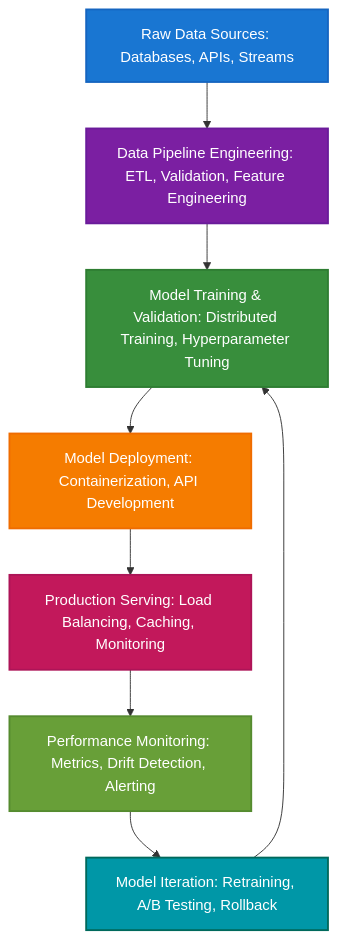
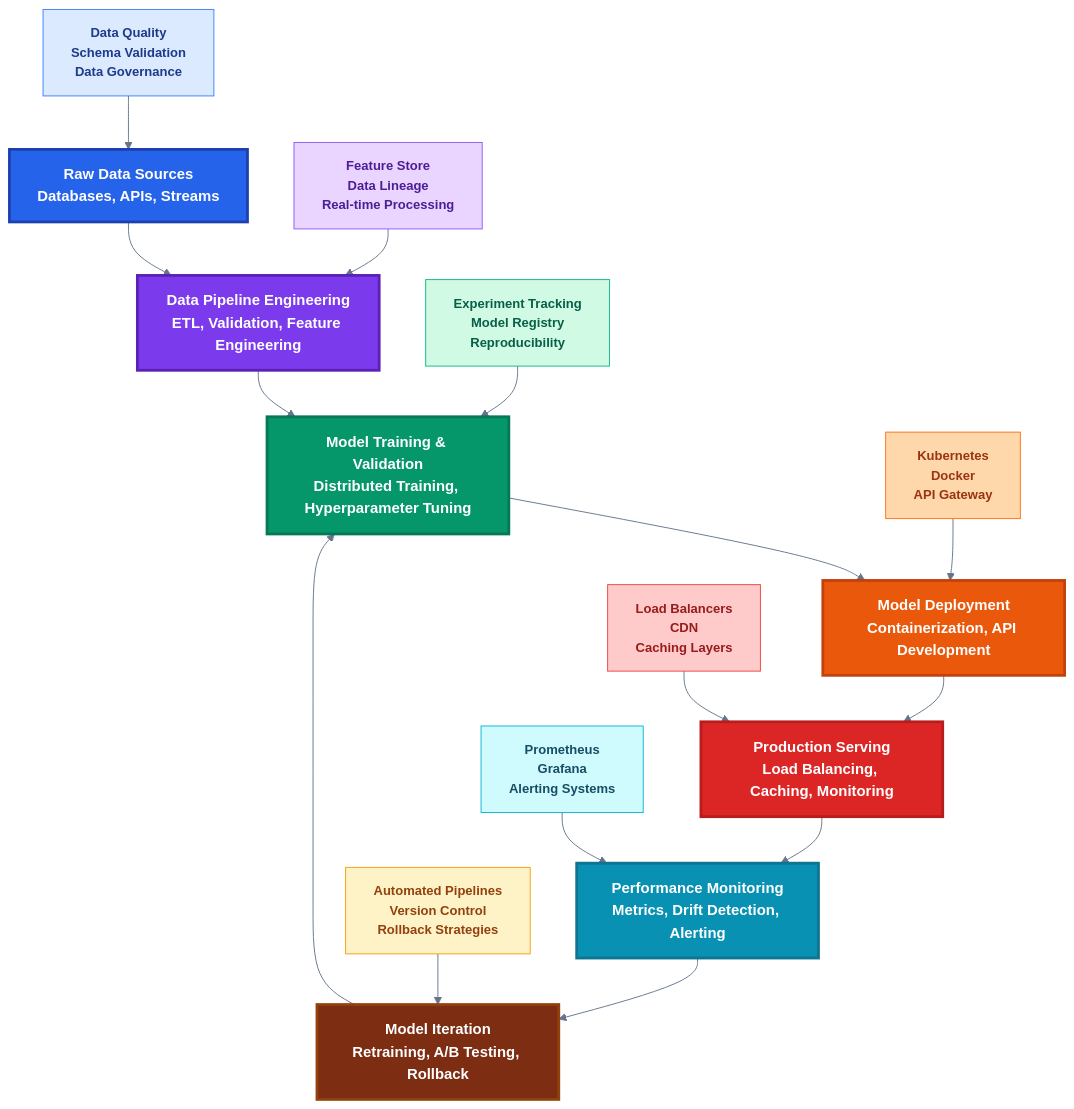
One commit to khaosans/articles changed the first of 5 diagrams in guides/roles/ml-engineer.md. Above: the diagram before and after it, drawn with Mermaid. The commit also changed other lines of this file and 91 other files, not shown here.

````diff
--- a/guides/roles/ml-engineer.md
+++ b/guides/roles/ml-engineer.md
@@ -66,17 +66,35 @@
 ```mermaid
+%%{init: {'theme': 'base', 'themeVariables': { 'fontSize': '14px', 'fontFamily': 'Segoe UI, Arial, sans-serif', 'primaryColor': '#2563eb', 'primaryTextColor': '#ffffff', 'primaryBorderColor': '#1e40af', 'lineColor': '#64748b', 'secondaryColor': '#7c3aed', 'tertiaryColor': '#059669'}}}%%
 flowchart TD
-    A[Raw Data Sources: Databases, APIs, Streams] --> B[Data Pipeline Engineering: ETL, Validation, Feature Engineering]
-    B --> C[Model Training & Validation: Distributed Training, Hyperparameter Tuning]
-    C --> D[Model Deployment: Containerization, API Development]
-    D --> E[Production Serving: Load Balancing, Caching, Monitoring]
-    E --> F[Performance Monitoring: Metrics, Drift Detection, Alerting]
-    F --> G[Model Iteration: Retraining, A/B Testing, Rollback]
+    A["Raw Data Sources<br/>Databases, APIs, Streams"] --> B["Data Pipeline Engineering<br/>ETL, Validation, Feature Engineering"]
+    B --> C["Model Training & Validation<br/>Distributed Training, Hyperparameter Tuning"]
+    C --> D["Model Deployment<br/>Containerization, API Development"]
+    D --> E["Production Serving<br/>Load Balancing, Caching, Monitoring"]
+    E --> F["Performance Monitoring<br/>Metrics, Drift Detection, Alerting"]
+    F --> G["Model Iteration<br/>Retraining, A/B Testing, Rollback"]
     G --> C
-    style A fill:#1976d2,stroke:#1565c0,stroke-width:2px,color:#ffffff
-    style B fill:#7b1fa2,stroke:#6a1b9a,stroke-width:2px,color:#ffffff
-    style C fill:#388e3c,stroke:#2e7d32,stroke-width:2px,color:#ffffff
-    style D fill:#f57c00,stroke:#ef6c00,stroke-width:2px,color:#ffffff
-    style E fill:#c2185b,stroke:#ad1457,stroke-width:2px,color:#ffffff
-    style F fill:#689f38,stroke:#558b2f,stroke-width:2px,color:#ffffff
-    style G fill:#0097a7,stroke:#00695c,stroke-width:2px,color:#ffffff
+    
+    A1["Data Quality<br/>Schema Validation<br/>Data Governance"] --> A
+    B1["Feature Store<br/>Data Lineage<br/>Real-time Processing"] --> B
+    C1["Experiment Tracking<br/>Model Registry<br/>Reproducibility"] --> C
+    D1["Kubernetes<br/>Docker<br/>API Gateway"] --> D
+    E1["Load Balancers<br/>CDN<br/>Caching Layers"] --> E
+    F1["Prometheus<br/>Grafana<br/>Alerting Systems"] --> F
+    G1["Automated Pipelines<br/>Version Control<br/>Rollback Strategies"] --> G
+    
+    style A fill:#2563eb,stroke:#1e40af,stroke-width:3px,color:#ffffff,font-weight:bold,font-size:16px
+    style B fill:#7c3aed,stroke:#5b21b6,stroke-width:3px,color:#ffffff,font-weight:bold,font-size:16px
+    style C fill:#059669,stroke:#047857,stroke-width:3px,color:#ffffff,font-weight:bold,font-size:16px
+    style D fill:#ea580c,stroke:#c2410c,stroke-width:3px,color:#ffffff,font-weight:bold,font-size:16px
+    style E fill:#dc2626,stroke:#b91c1c,stroke-width:3px,color:#ffffff,font-weight:bold,font-size:16px
+    style F fill:#0891b2,stroke:#0e7490,stroke-width:3px,color:#ffffff,font-weight:bold,font-size:16px
+    style G fill:#7c2d12,stroke:#92400e,stroke-width:3px,color:#ffffff,font-weight:bold,font-size:16px
+    
+    style A1 fill:#dbeafe,stroke:#3b82f6,stroke-width:1px,color:#1e3a8a,font-weight:bold
+    style B1 fill:#e9d5ff,stroke:#8b5cf6,stroke-width:1px,color:#4c1d95,font-weight:bold
+    style C1 fill:#d1fae5,stroke:#10b981,stroke-width:1px,color:#065f46,font-weight:bold
+    style D1 fill:#fed7aa,stroke:#f97316,stroke-width:1px,color:#9a3412,font-weight:bold
+    style E1 fill:#fecaca,stroke:#ef4444,stroke-width:1px,color:#991b1b,font-weight:bold
+    style F1 fill:#cffafe,stroke:#06b6d4,stroke-width:1px,color:#164e63,font-weight:bold
+    style G1 fill:#fef3c7,stroke:#f59e0b,stroke-width:1px,color:#92400e,font-weight:bold
 ```
````
